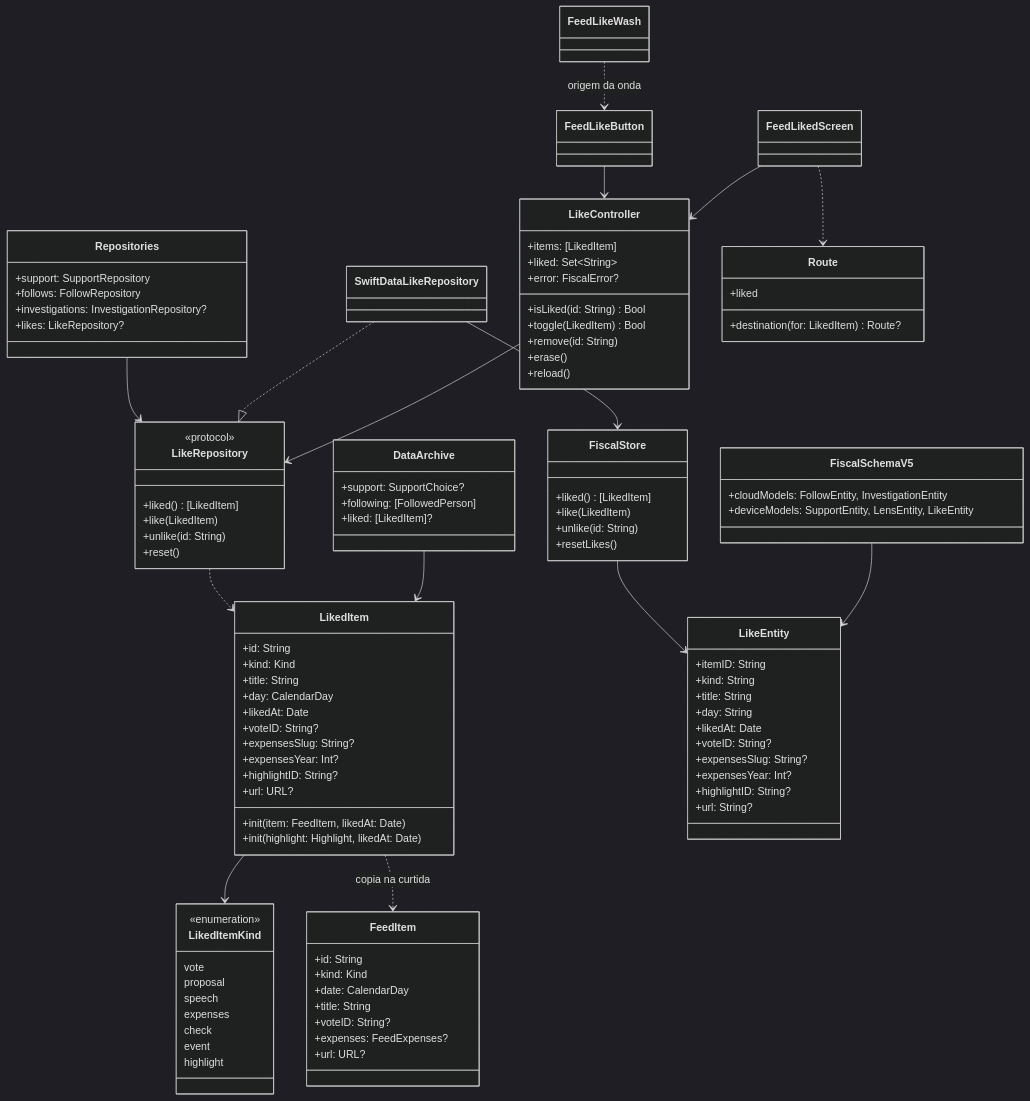
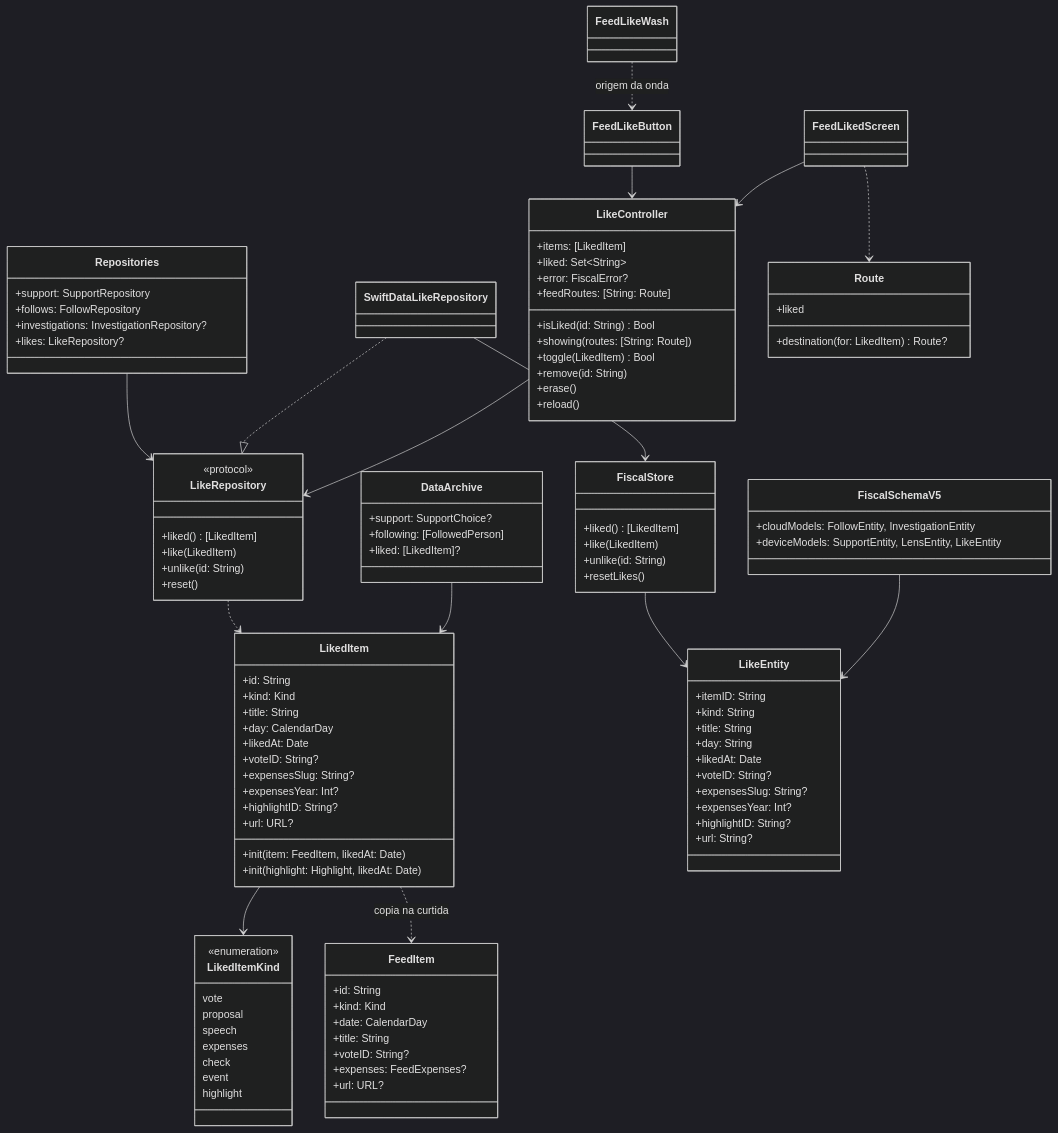
One commit to byescaleira/fiscal changed the diagram in spdd/prompt/FSC-024-202611061418-[Feat]-feed-like-with-ripple.md. Above: the diagram before and after it, drawn with Mermaid (dark theme). The commit also changed other lines of this file and 14 other files, not shown here.

```diff
--- a/spdd/prompt/FSC-024-202611061418-[Feat]-feed-like-with-ripple.md
+++ b/spdd/prompt/FSC-024-202611061418-[Feat]-feed-like-with-ripple.md
@@ -144,7 +144,9 @@
         +items: [LikedItem]
         +liked: Set~String~
         +error: FiscalError?
+        +feedRoutes: [String: Route]
         +isLiked(id: String) Bool
+        +showing(routes: [String: Route])
         +toggle(LikedItem) Bool
         +remove(id: String)
         +erase()
```
